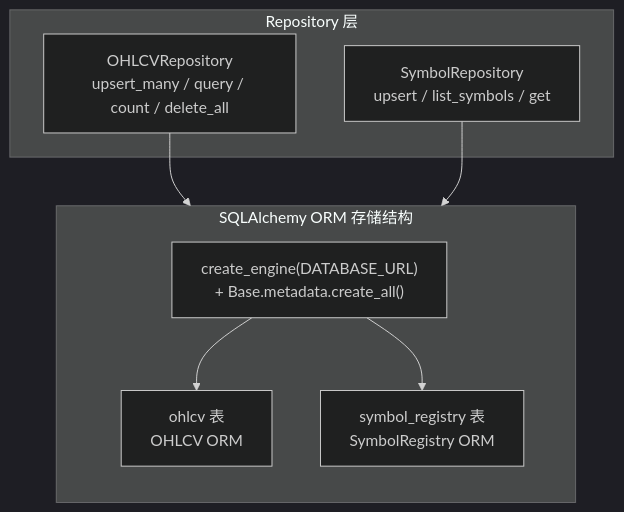
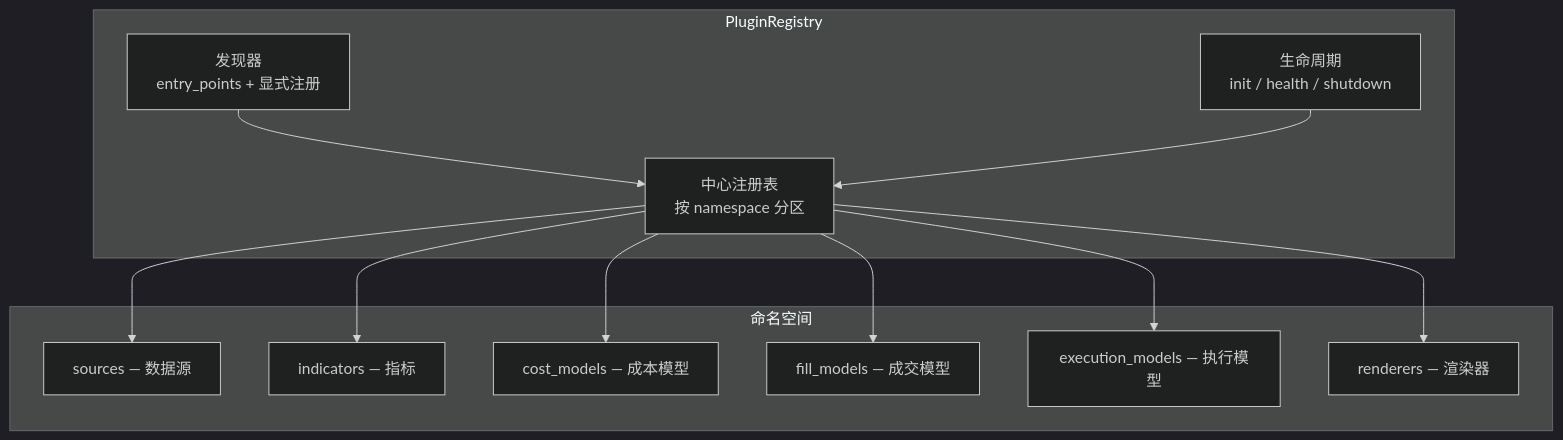
One commit to RESBI/StockStatistic changed the fourth of 5 diagrams in DESIGN_CN.md. Above: the diagram before and after it, drawn with Mermaid (dark theme). The commit also changed other lines of this file and 5 other files, not shown here.

First line of the commit message:
Rewrite all docs for v2.0: five-layer architecture, CLI, offline mode, plugins

````diff
--- a/DESIGN_CN.md
+++ b/DESIGN_CN.md
@@ -379,19 +214,21 @@
 ```mermaid
 graph TB
-    subgraph "SQLAlchemy ORM 存储结构"
-        direction TB
-        ENG["create_engine(DATABASE_URL)<br/>+ Base.metadata.create_all()"]
-        T1["ohlcv 表<br/>OHLCV ORM"]
-        T2["symbol_registry 表<br/>SymbolRegistry ORM"]
+    subgraph "PluginRegistry"
+        REG["中心注册表<br/>按 namespace 分区"]
+        DISC["发现器<br/>entry_points + 显式注册"]
+        LIFE["生命周期<br/>init / health / shutdown"]
     end
 
-    subgraph "Repository 层"
-        R1["OHLCVRepository<br/>upsert_many / query / count / delete_all"]
-        R2["SymbolRepository<br/>upsert / list_symbols / get"]
+    subgraph "命名空间"
+        NS1["sources — 数据源"]
+        NS2["indicators — 指标"]
+        NS3["cost_models — 成本模型"]
+        NS4["fill_models — 成交模型"]
+        NS5["execution_models — 执行模型"]
+        NS6["renderers — 渲染器"]
     end
 
-    ENG --> T1
-    ENG --> T2
-    R1 --> T1
-    R2 --> T2
+    DISC --> REG
+    REG --> NS1 & NS2 & NS3 & NS4 & NS5 & NS6
+    LIFE --> REG
 ```
````
